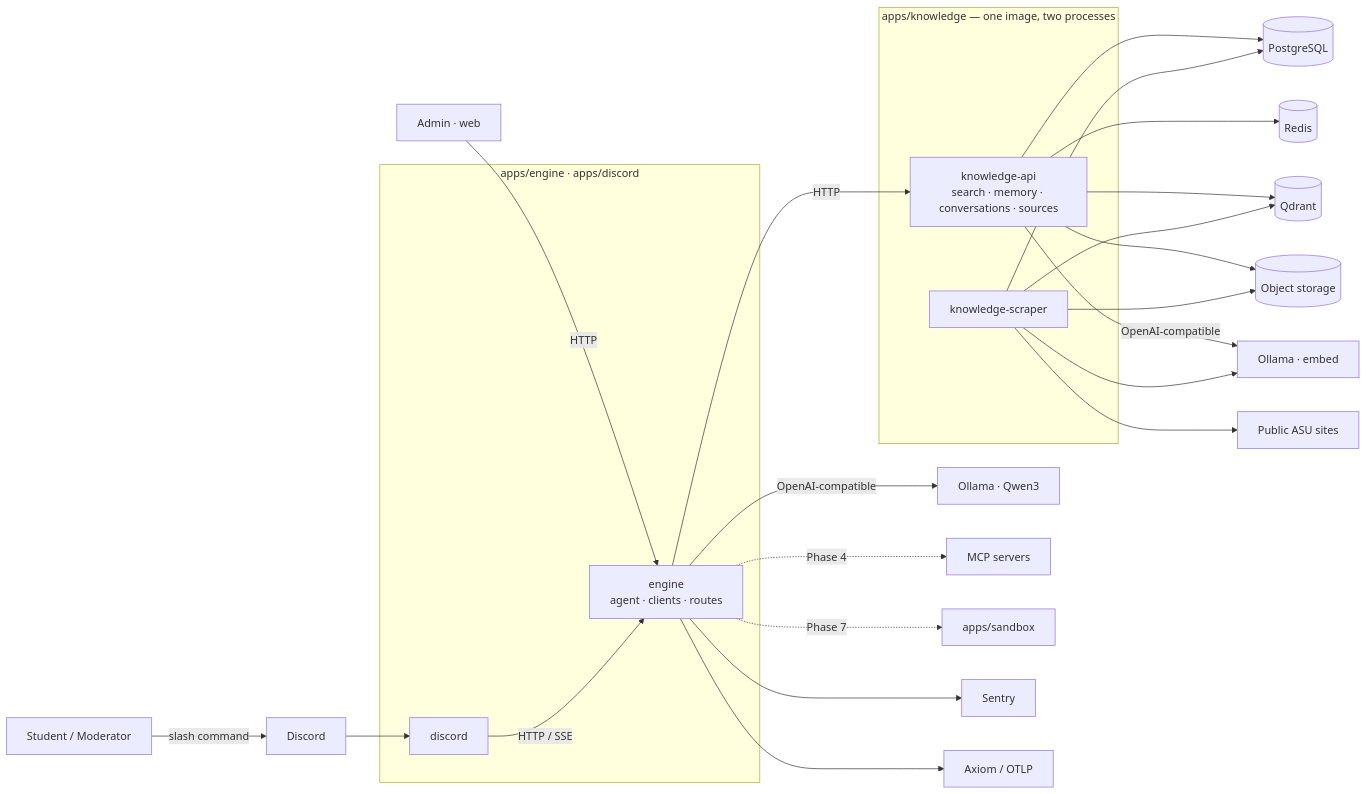
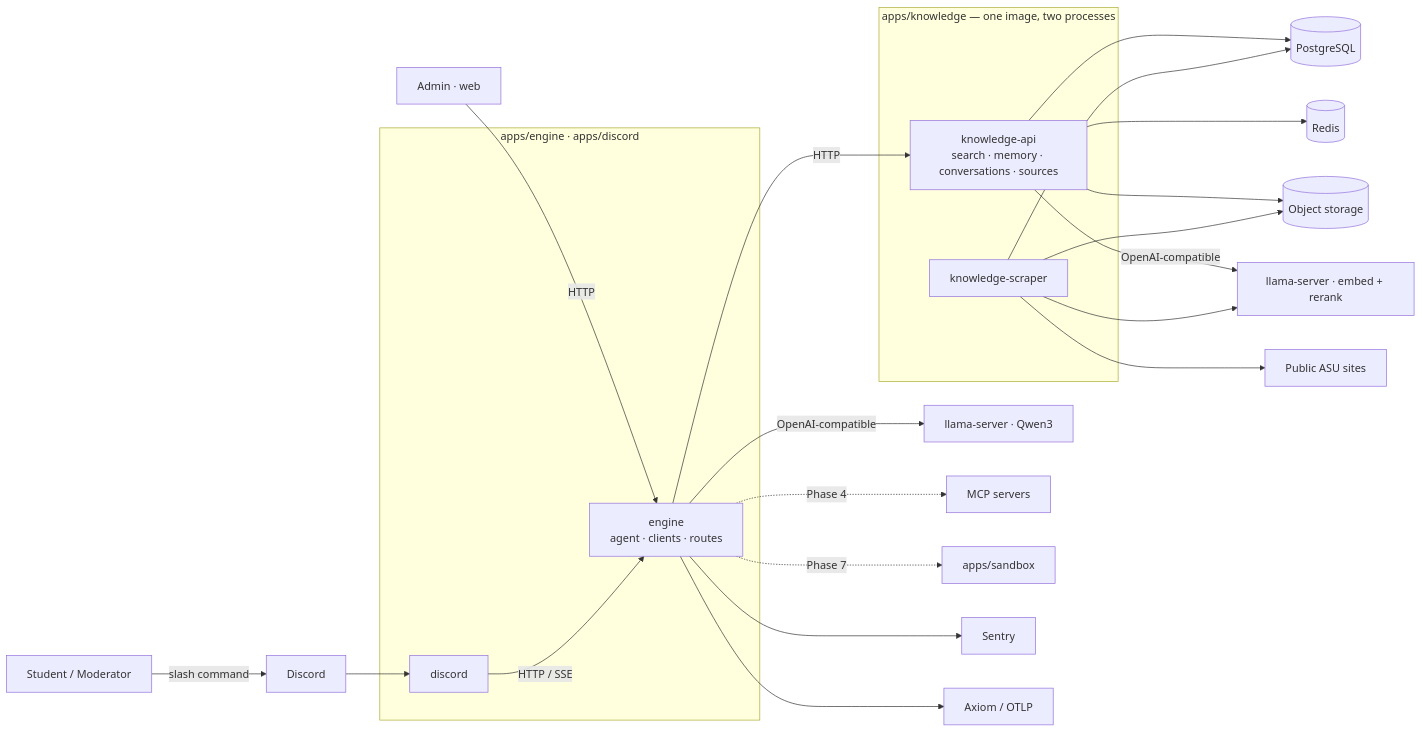
The diagram in docs/ARCHITECTURE.md (ashworks1706/SparkyAI), drawn with Mermaid before and after one commit. The commit also changed other lines of this file and 21 other files, not shown here.

````diff
--- a/docs/ARCHITECTURE.md
+++ b/docs/ARCHITECTURE.md
@@ -74,35 +74,33 @@
 ```mermaid
 flowchart LR
     U[Student / Moderator] -->|slash command| D[Discord]
     A[Admin · web] -->|HTTP| APP
 
     subgraph rust [apps/engine · apps/discord]
         BOT[discord]
         APP[engine<br/>agent · clients · routes]
     end
     D --> BOT
     BOT -->|HTTP / SSE| APP
 
-    APP -->|OpenAI-compatible| OLL[Ollama · Qwen3]
+    APP -->|OpenAI-compatible| OLL[llama-server · Qwen3]
     APP -->|HTTP| KN
     APP -.->|Phase 4| MCP[MCP servers]
     APP -.->|Phase 7| BW[apps/sandbox]
 
     subgraph knowledge [apps/knowledge — one image, two processes]
         KN[knowledge-api<br/>search · memory · conversations · sources]
         ING[knowledge-scraper]
     end
     KN --> PG[(PostgreSQL)]
     KN --> RD[(Redis)]
-    KN --> QD[(Qdrant)]
     KN --> S3[(Object storage)]
-    KN -->|OpenAI-compatible| EMB[Ollama · embed]
+    KN -->|OpenAI-compatible| EMB[llama-server · embed + rerank]
     ING --> WEB[Public ASU sites]
     ING --> PG
-    ING --> QD
     ING --> S3
     ING --> EMB
 
     APP --> SEN[Sentry]
     APP --> AX[Axiom / OTLP]
 ```
````
